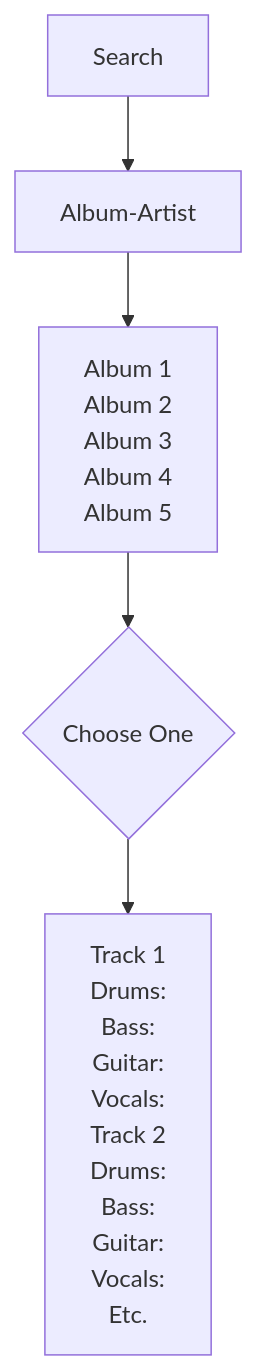
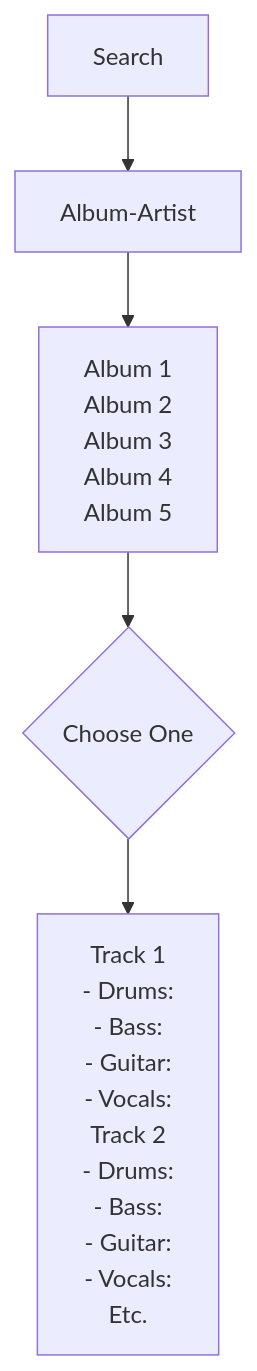
The diagram in test.md (antkn33/mb-search), drawn with Mermaid before and after one commit. The commit also changed 2 other files, not shown here.

Commit message:
new test

````diff
--- a/test.md
+++ b/test.md
@@ -1,26 +1,26 @@
 ```mermaid
 flowchart TD
      
     A[Search] --> B[Album-Artist]
     B --> newLines["`Album 1
     Album 2
     Album 3
     Album 4
     Album 5`"]
 
     newLines --> D@{ shape: diamond, label: "Choose One" }
     D --> results["`
     Track 1
-        Drums:
-        Bass:
-        Guitar:
-        Vocals:
+        - Drums:
+        - Bass:
+        - Guitar:
+        - Vocals:
     Track 2
-        Drums:
-        Bass:
-        Guitar:
-        Vocals:
+        - Drums:
+        - Bass:
+        - Guitar:
+        - Vocals:
     Etc. 
     `"]     
 
 ```
````
